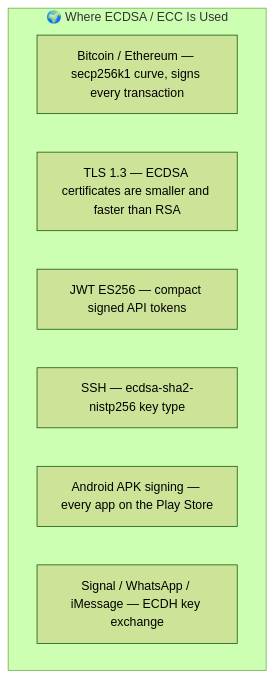
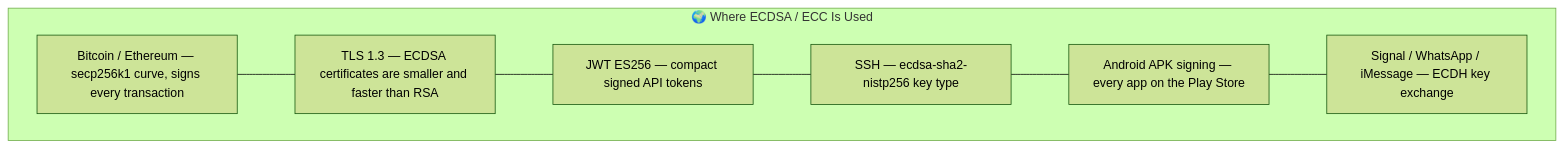
The third of 4 diagrams in src/main/java/security/ecc/README.md (csoares/SecurityJava), drawn with Mermaid (forest theme) before and after one commit. The commit also changed other lines of this file and 8 other files, not shown here.

Commit message:
Enhance README with additional flowchart connections and clarifications for cryptographic concepts

````diff
--- a/src/main/java/security/ecc/README.md
+++ b/src/main/java/security/ecc/README.md
@@ -65,11 +67,12 @@
 ```mermaid
 flowchart TD
     subgraph Uses ["🌍 Where ECDSA / ECC Is Used"]
         U1["Bitcoin / Ethereum — secp256k1 curve, signs every transaction"]
         U2["TLS 1.3 — ECDSA certificates are smaller and faster than RSA"]
         U3["JWT ES256 — compact signed API tokens"]
         U4["SSH — ecdsa-sha2-nistp256 key type"]
         U5["Android APK signing — every app on the Play Store"]
         U6["Signal / WhatsApp / iMessage — ECDH key exchange"]
+        U1 --- U2 --- U3 --- U4 --- U5 --- U6
     end
 ```
````
